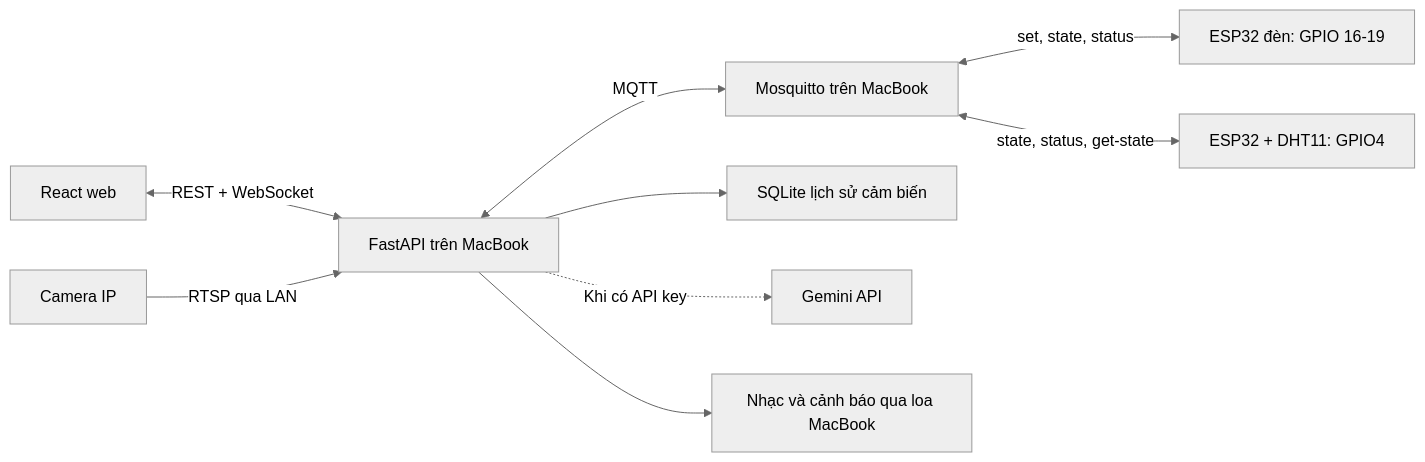
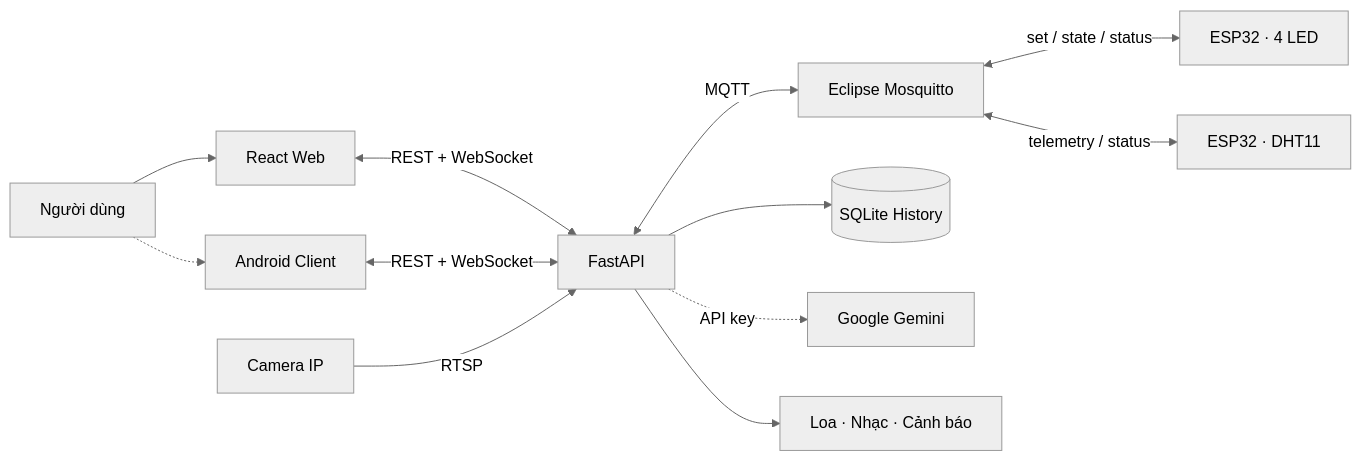
Before and after one commit to VyOZzz/Smart-Home-ESP32: the first of 2 diagrams in README.md, drawn with Mermaid (neutral theme). The commit also changed other lines of this file, not shown here.

````diff
--- a/README.md
+++ b/README.md
@@ -74,11 +44,16 @@
 ```mermaid
 flowchart LR
-    web["React web"] <-->|"REST + WebSocket"| api["FastAPI trên MacBook"]
-    api <-->|"MQTT"| broker["Mosquitto trên MacBook"]
-    broker <-->|"set, state, status"| lights["ESP32 đèn: GPIO 16-19"]
-    broker <-->|"state, status, get-state"| sensor["ESP32 + DHT11: GPIO4"]
-    api --> history["SQLite lịch sử cảm biến"]
-    camera["Camera IP"] -->|"RTSP qua LAN"| api
-    api -.->|"Khi có API key"| gemini["Gemini API"]
-    api --> speaker["Nhạc và cảnh báo qua loa MacBook"]
+    user[Người dùng] --> web[React Web]
+    user -.-> mobile[Android Client]
+    web <-->|REST + WebSocket| api[FastAPI]
+    mobile <-->|REST + WebSocket| api
+
+    api <-->|MQTT| broker[Eclipse Mosquitto]
+    broker <-->|set / state / status| lights[ESP32 · 4 LED]
+    broker <-->|telemetry / status| sensor[ESP32 · DHT11]
+
+    api --> db[(SQLite History)]
+    camera[Camera IP] -->|RTSP| api
+    api -.->|API key| gemini[Google Gemini]
+    api --> audio[Loa · Nhạc · Cảnh báo]
 ```
````
